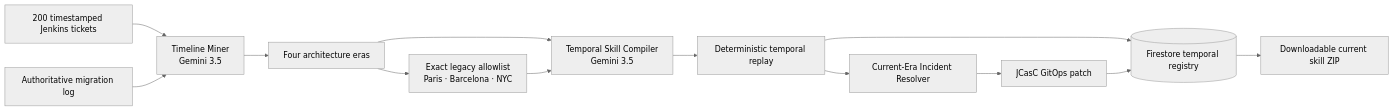
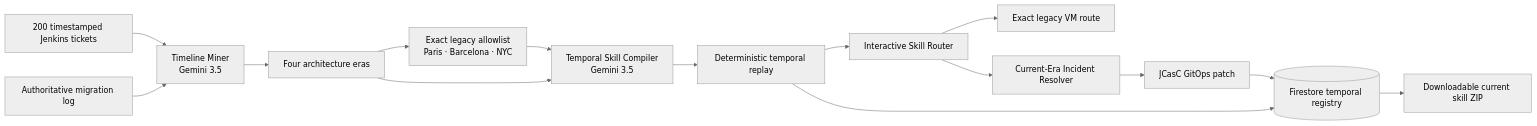
The diagram in docs/architecture.md (alexzerg/ticket2skill), drawn with Mermaid (neutral theme) before and after one commit. The commit also changed other lines of this file and 47 other files, not shown here.

````diff
--- a/docs/architecture.md
+++ b/docs/architecture.md
@@ -3,15 +3,17 @@
 ```mermaid
 flowchart LR
     T[200 timestamped Jenkins tickets] --> M[Timeline Miner\nGemini 3.5]
     C[Authoritative migration log] --> M
     M --> E[Four architecture eras]
     E --> X[Exact legacy allowlist\nParis · Barcelona · NYC]
     E --> S[Temporal Skill Compiler\nGemini 3.5]
     X --> S
     S --> R[Deterministic temporal replay]
-    R --> I[Current-Era Incident Resolver]
+    R --> Q[Interactive Skill Router]
+    Q --> V[Exact legacy VM route]
+    Q --> I[Current-Era Incident Resolver]
     I --> P[JCasC GitOps patch]
     R --> F[(Firestore temporal registry)]
     P --> F
     F --> Z[Downloadable current skill ZIP]
 ```
````
